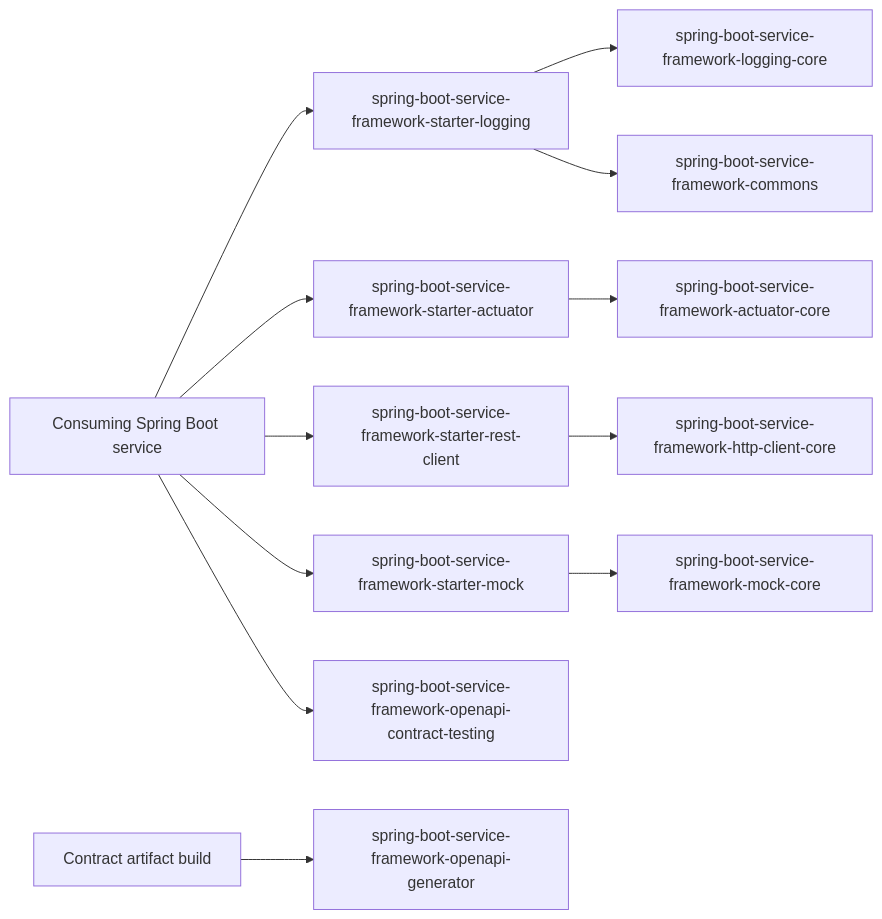
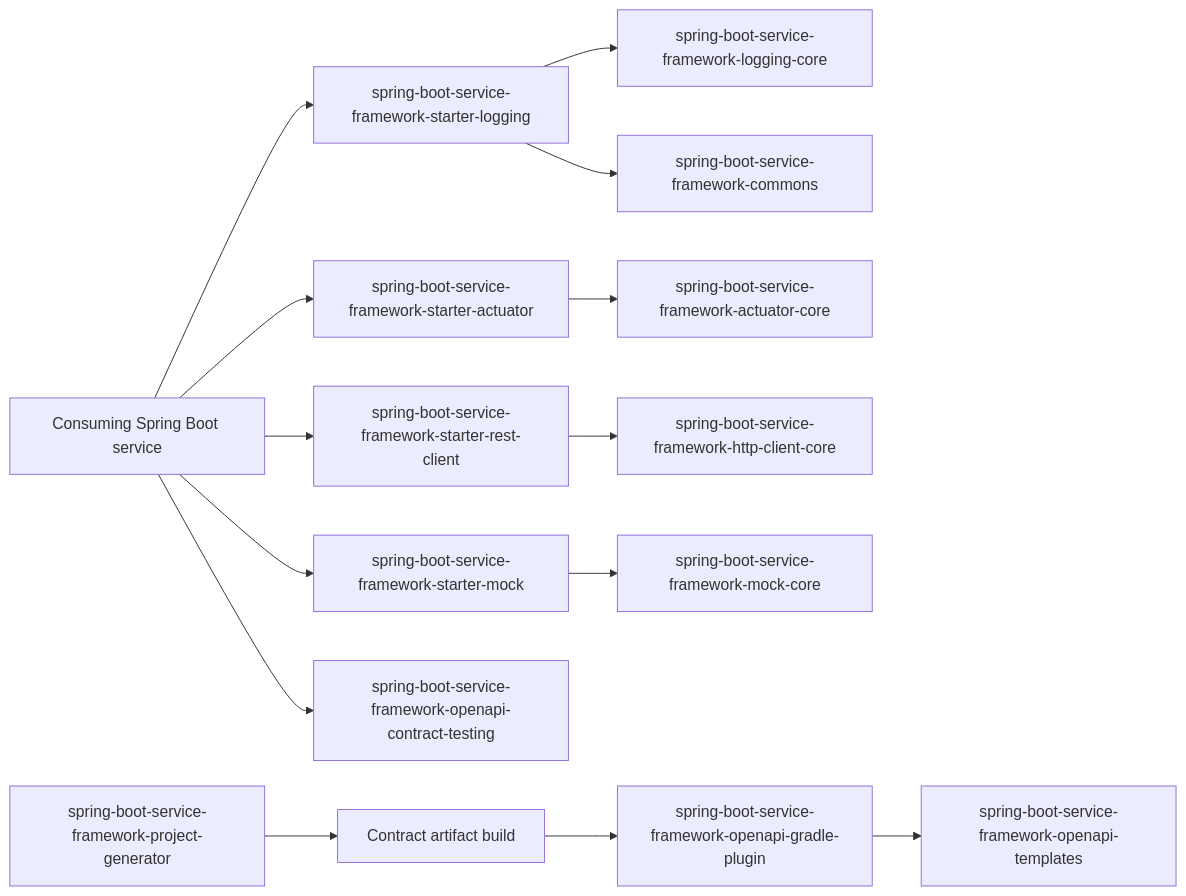
Before and after one commit to Gazu/spring-boot-service-framework: the diagram in README.md, drawn with Mermaid. The commit also changed other lines of this file and 560 other files, not shown here.

````diff
--- a/README.md
+++ b/README.md
@@ -54,28 +54,32 @@
 ```mermaid
 flowchart LR
     Service["Consuming Spring Boot service"]
     ContractBuild["Contract artifact build"]
     StarterLogging["spring-boot-service-framework-starter-logging"]
     StarterActuator["spring-boot-service-framework-starter-actuator"]
     StarterRest["spring-boot-service-framework-starter-rest-client"]
     StarterMock["spring-boot-service-framework-starter-mock"]
     LoggingCore["spring-boot-service-framework-logging-core"]
     ActuatorCore["spring-boot-service-framework-actuator-core"]
     HttpCore["spring-boot-service-framework-http-client-core"]
     MockCore["spring-boot-service-framework-mock-core"]
-    OpenApiGenerator["spring-boot-service-framework-openapi-generator"]
+    OpenApiPlugin["spring-boot-service-framework-openapi-gradle-plugin"]
+    OpenApiTemplates["spring-boot-service-framework-openapi-templates"]
+    ProjectGenerator["spring-boot-service-framework-project-generator"]
     ContractTesting["spring-boot-service-framework-openapi-contract-testing"]
     Commons["spring-boot-service-framework-commons"]
 
     Service --> StarterLogging
     Service --> StarterActuator
     Service --> StarterRest
     Service --> StarterMock
     StarterLogging --> LoggingCore
     StarterLogging --> Commons
     StarterActuator --> ActuatorCore
     StarterRest --> HttpCore
     StarterMock --> MockCore
-    ContractBuild --> OpenApiGenerator
+    ContractBuild --> OpenApiPlugin
+    OpenApiPlugin --> OpenApiTemplates
+    ProjectGenerator --> ContractBuild
     Service --> ContractTesting
 ```
````
